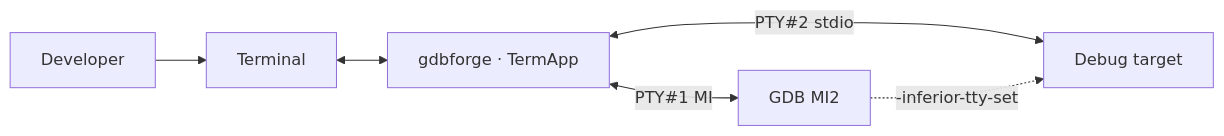
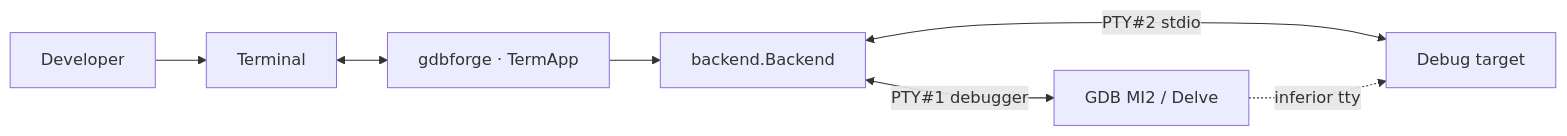
Before and after one commit to yairgd/gdbforge: the second of 8 diagrams in docs/ARCHITECTURE.md, drawn with Mermaid. The commit also changed other lines of this file and 13 other files, not shown here.

````diff
--- a/docs/ARCHITECTURE.md
+++ b/docs/ARCHITECTURE.md
@@ -113,14 +142,16 @@
 ```mermaid
 flowchart LR
     User["Developer"]
     Term["Terminal"]
     gdbforge["gdbforge · TermApp"]
-    GDB["GDB MI2"]
+    BE["backend.Backend"]
+    GDB["GDB MI2 / Delve"]
     Target["Debug target"]
 
     User --> Term
     Term <--> gdbforge
-    gdbforge <-->|"PTY#1 MI"| GDB
-    gdbforge <-->|"PTY#2 stdio"| Target
-    GDB -.->|"-inferior-tty-set"| Target
+    gdbforge --> BE
+    BE <-->|"PTY#1 debugger"| GDB
+    BE <-->|"PTY#2 stdio"| Target
+    GDB -.->|"inferior tty"| Target
 ```
````
